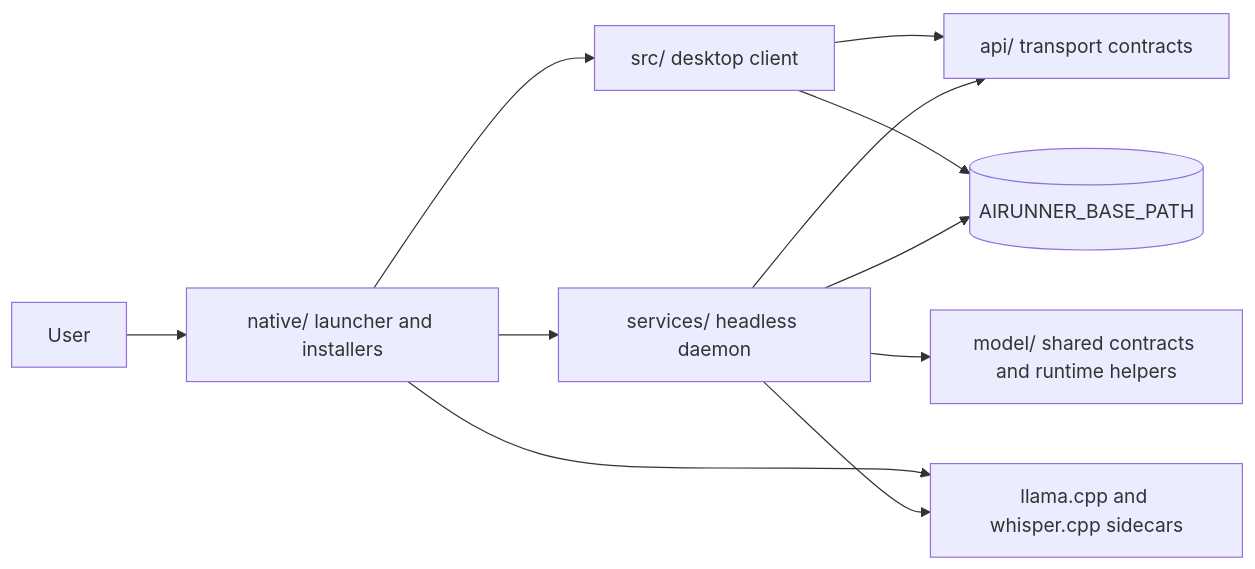
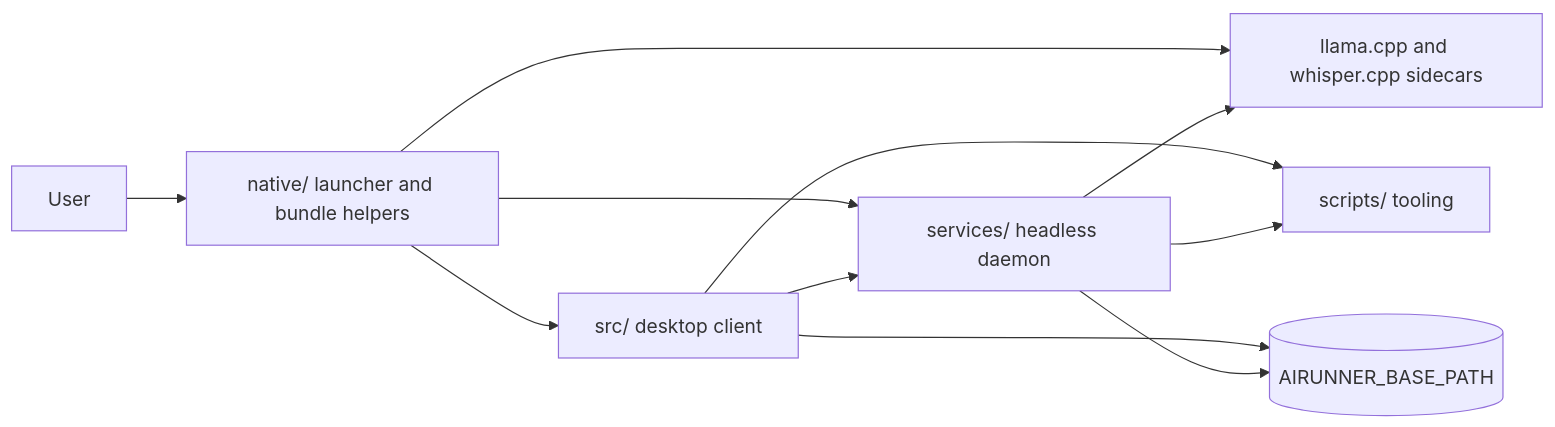
The diagram in README.md (Capsize-Games/airunner), drawn with Mermaid before and after one commit. The commit also changed other lines of this file and 10 other files, not shown here.

````diff
--- a/README.md
+++ b/README.md
@@ -59,13 +59,13 @@
 ```mermaid
 flowchart LR
-  User[User] --> Native[native/ launcher and installers]
+  User[User] --> Native[native/ launcher and bundle helpers]
   Native --> GUI[src/ desktop client]
   Native --> Daemon[services/ headless daemon]
-  GUI --> API[api/ transport contracts]
-  Daemon --> API
-  Daemon --> Model[model/ shared contracts and runtime helpers]
+  GUI --> Daemon
   Native --> Sidecars[llama.cpp and whisper.cpp sidecars]
   Daemon --> Sidecars
+  GUI --> Scripts[scripts/ tooling]
+  Daemon --> Scripts
   GUI --> Data[(AIRUNNER_BASE_PATH)]
   Daemon --> Data
 ```
````
